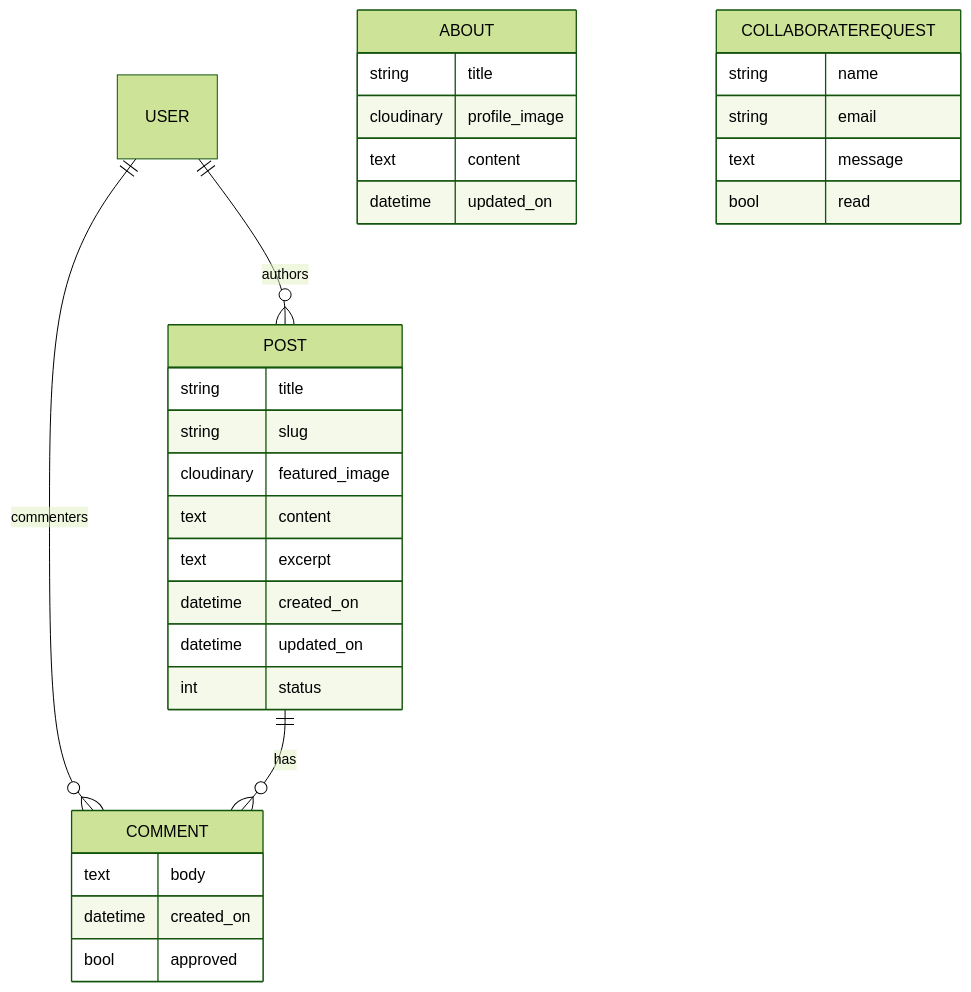
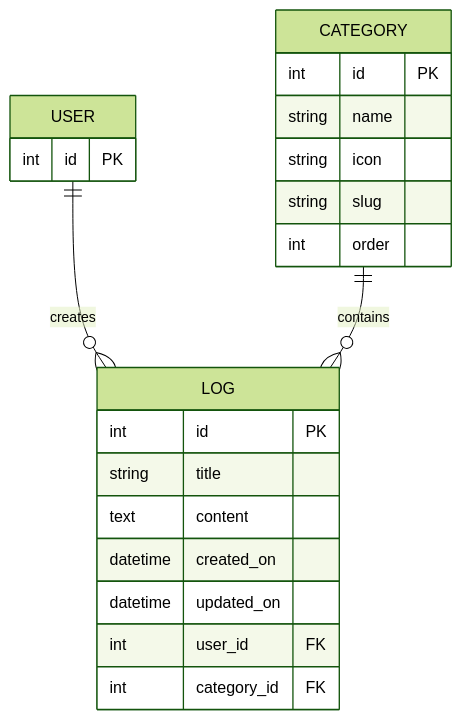
Before and after one commit to AlexThoma5/one_percent: the diagram in README.md, drawn with Mermaid (forest theme). The commit also changed other lines of this file, not shown here.

````diff
--- a/README.md
+++ b/README.md
@@ -260,33 +230,27 @@
 ```mermaid
 erDiagram
-    USER ||--o{ POST : "authors"
-    USER ||--o{ COMMENT : "commenters"
-    POST ||--o{ COMMENT : "has"
-    POST {
+    USER {
+        int id PK
+    }
+
+    CATEGORY {
+        int id PK
+        string name
+        string icon
+        string slug
+        int order
+    }
+
+    LOG {
+        int id PK
         string title
-        string slug
-        cloudinary featured_image
         text content
-        text excerpt
         datetime created_on
         datetime updated_on
-        int status
+        int user_id FK
+        int category_id FK
     }
-    COMMENT {
-        text body
-        datetime created_on
-        bool approved
-    }
-    ABOUT {
-        string title
-        cloudinary profile_image
-        text content
-        datetime updated_on
-    }
-    COLLABORATEREQUEST {
-        string name
-        string email
-        text message
-        bool read
-    }
+
+    USER ||--o{ LOG : "creates"
+    CATEGORY ||--o{ LOG : "contains"
 ```
````
